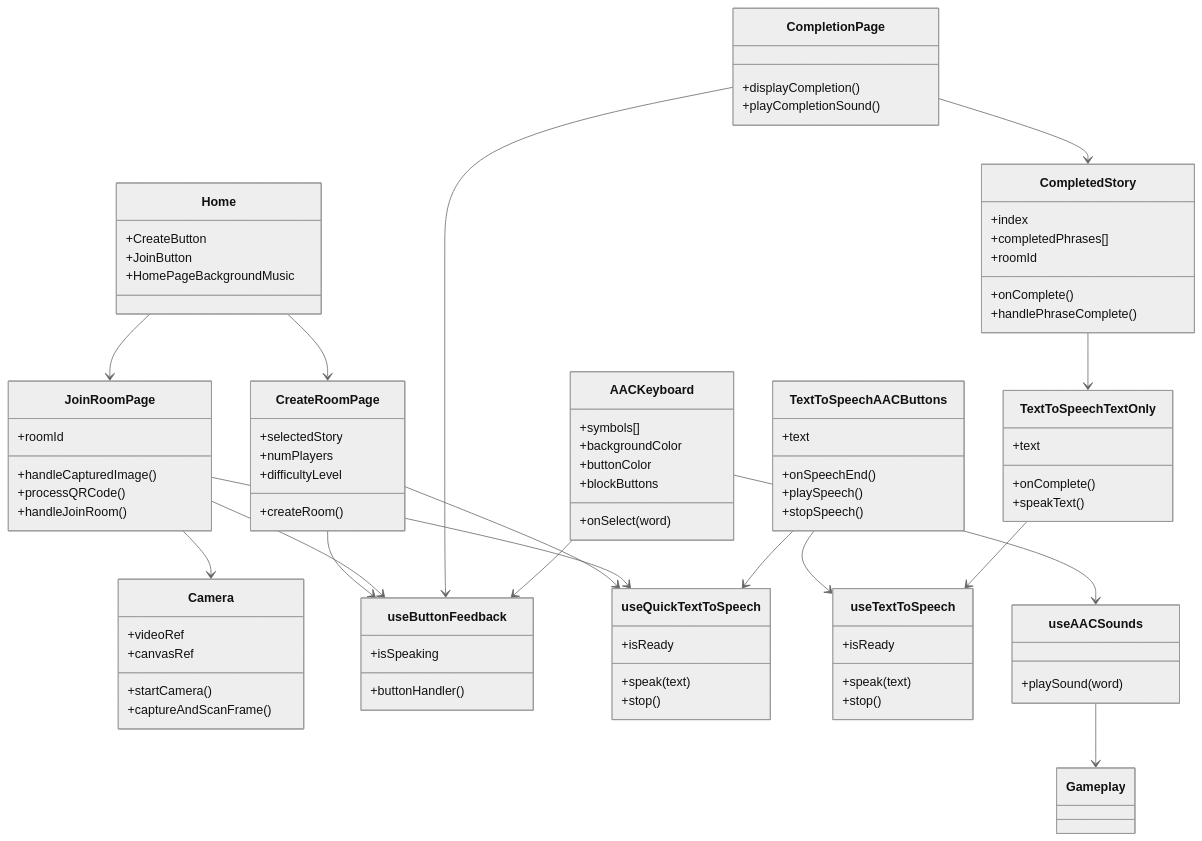
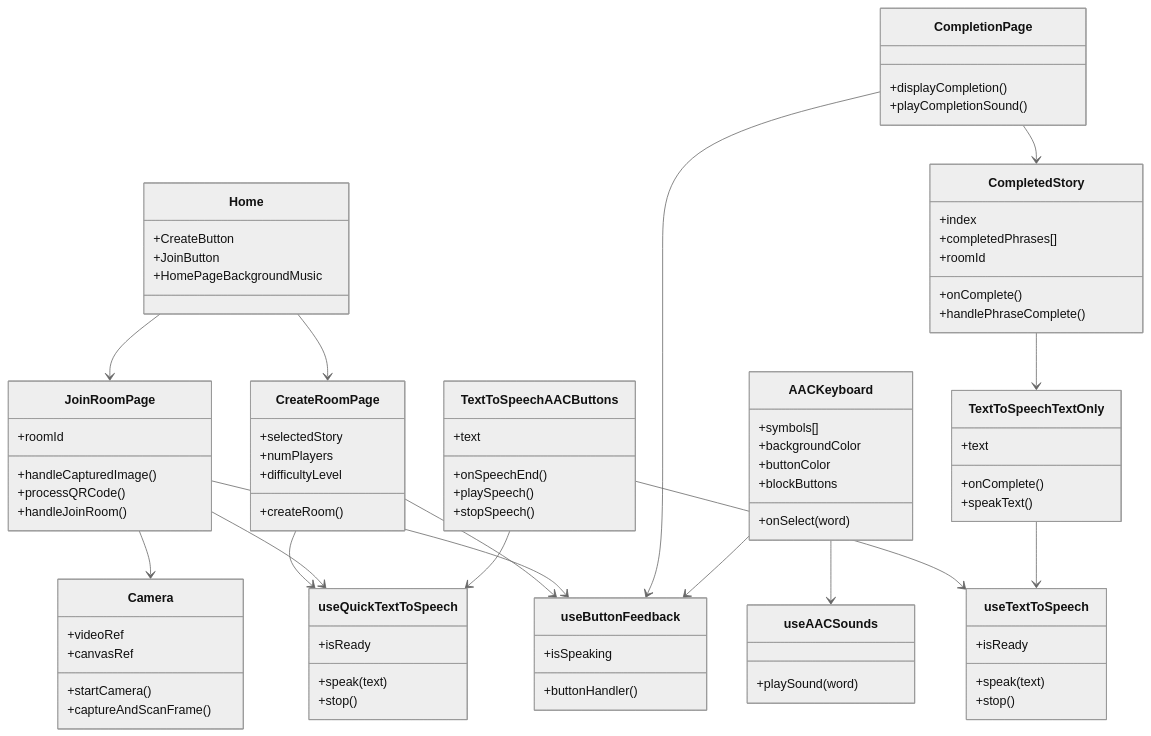
One commit to XBCU/storyquestAAC changed the first of 3 diagrams in documentation/docs/system-architecture/design.md. Above: the diagram before and after it, drawn with Mermaid (neutral theme). The commit also changed other lines of this file, not shown here.

````diff
--- a/documentation/docs/system-architecture/design.md
+++ b/documentation/docs/system-architecture/design.md
@@ -172,10 +132,6 @@
         +playSound(word)
     }
 
-    class Gameplay{
-
-    }
-
     %% Relationships
     Home --> CreateRoomPage
     Home --> JoinRoomPage
@@ -200,7 +156,4 @@
 
     TextToSpeechTextOnly --> useTextToSpeech
 
-    useAACSounds --> Gameplay
-
-
 ```
````
